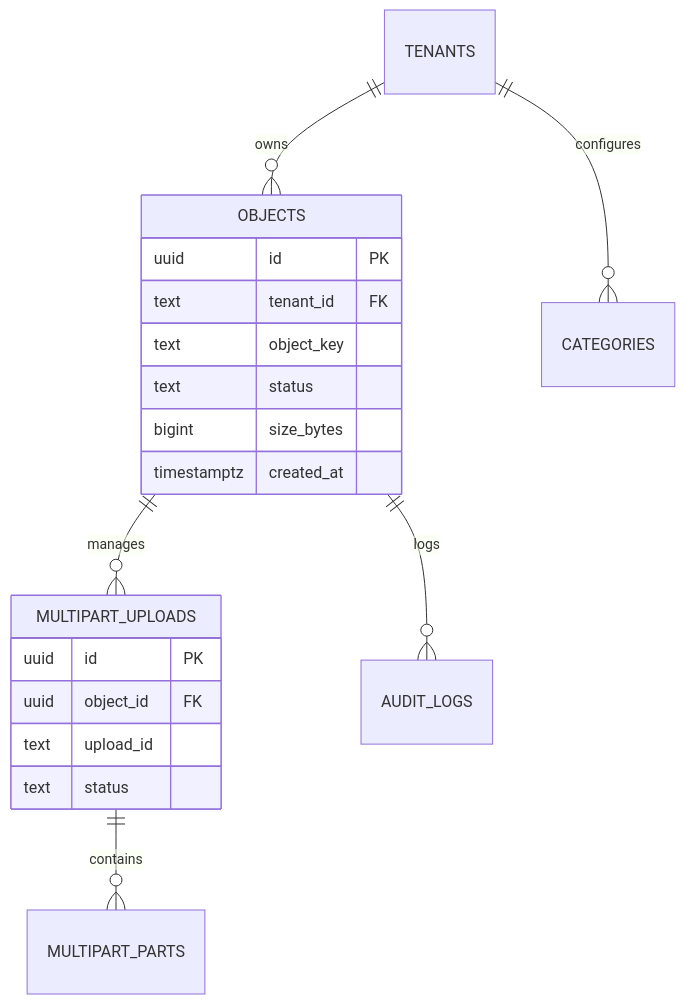
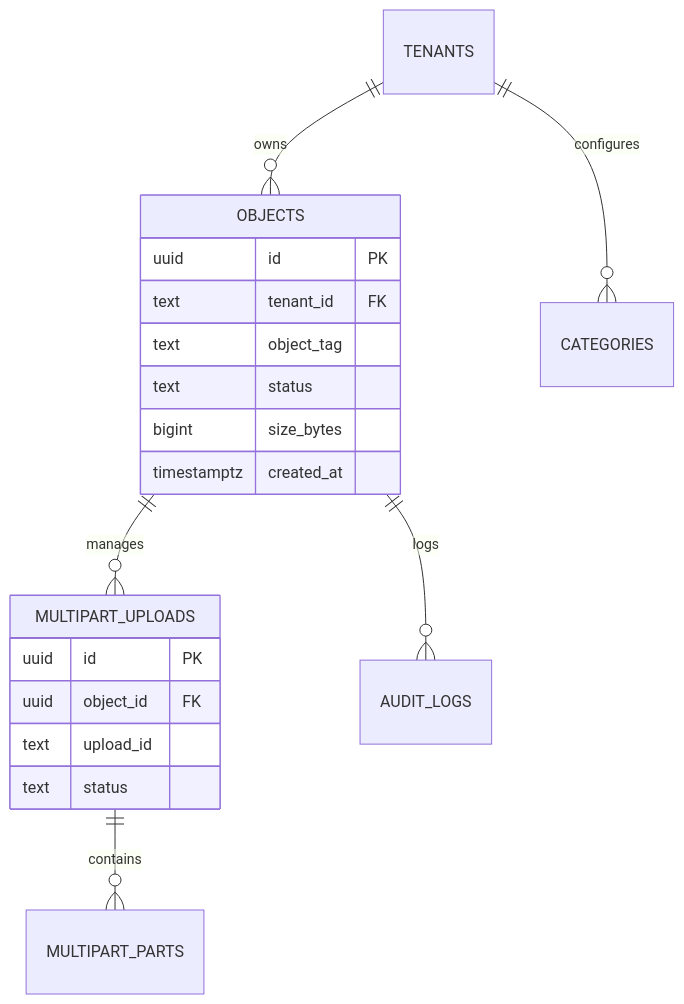
The third of 4 diagrams in docs/diagrams.md (oleg-tkachuk/paladin), drawn with Mermaid before and after one commit. The commit also changed other lines of this file and 105 other files, not shown here.

````diff
--- a/docs/diagrams.md
+++ b/docs/diagrams.md
@@ -37,22 +37,22 @@
 ```mermaid
 erDiagram
     TENANTS ||--o{ OBJECTS : "owns"
     TENANTS ||--o{ CATEGORIES : "configures"
     OBJECTS ||--o{ MULTIPART_UPLOADS : "manages"
     OBJECTS ||--o{ AUDIT_LOGS : "logs"
     MULTIPART_UPLOADS ||--o{ MULTIPART_PARTS : "contains"
     OBJECTS {
         uuid id PK
         text tenant_id FK
-        text object_key
+        text object_tag
         text status
         bigint size_bytes
         timestamptz created_at
     }
     MULTIPART_UPLOADS {
         uuid id PK
         uuid object_id FK
         text upload_id
         text status
     }
 ```
````
